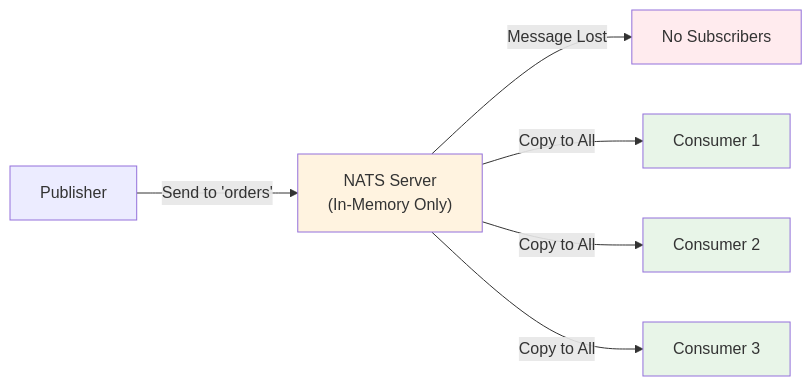
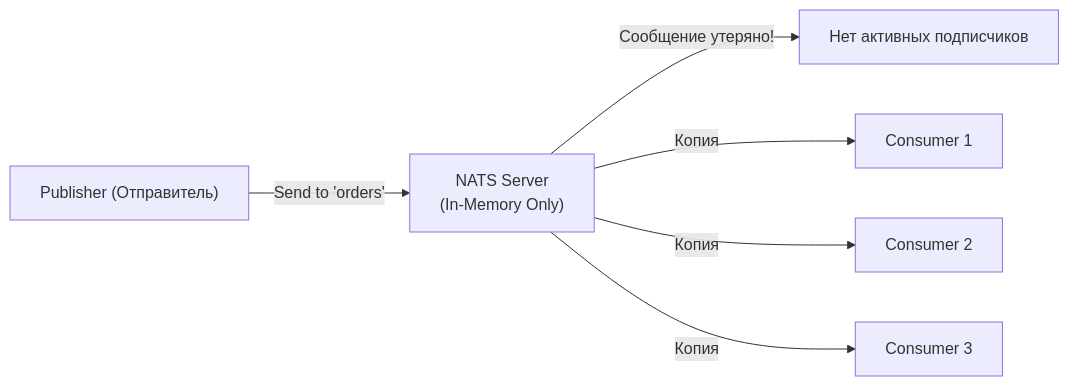
One commit to UnrealTemplier/go-textbook changed the first of 2 diagrams in sources/13. Очереди, брокеры сообщений и оркестраторы/04. NATS/2. Core NATS vs JetStream.md. Above: the diagram before and after it, drawn with Mermaid. The commit also changed other lines of this file, not shown here.

Commit message:
feat(module-13): editorial rewrite of lecture 2 in Subsection 4 (NATS) in Kernighan style

````diff
--- a/sources/13. Очереди, брокеры сообщений и оркестраторы/04. NATS/2. Core NATS vs JetStream.md
+++ b/sources/13. Очереди, брокеры сообщений и оркестраторы/04. NATS/2. Core NATS vs JetStream.md
@@ -24,14 +39,8 @@
 ```mermaid
-graph LR
-    P["Publisher"] -->|"Send to 'orders'"| S["NATS Server<br>(In-Memory Only)"]
-    S -->|"Message Lost"| X["No Subscribers"]
-    S -->|"Copy to All"| C1["Consumer 1"]
-    S -->|"Copy to All"| C2["Consumer 2"]
-    S -->|"Copy to All"| C3["Consumer 3"]
-
-    style S fill:#fff3e0
-    style X fill:#ffebee
-    style C1 fill:#e8f5e8
-    style C2 fill:#e8f5e8
-    style C3 fill:#e8f5e8
+flowchart LR
+    P["Publisher (Отправитель)"] -->|"Send to 'orders'"| S["NATS Server<br>(In-Memory Only)"]
+    S -->|"Сообщение утеряно!"| X["Нет активных подписчиков"]
+    S -->|"Копия"| C1["Consumer 1"]
+    S -->|"Копия"| C2["Consumer 2"]
+    S -->|"Копия"| C3["Consumer 3"]
 ```
````
